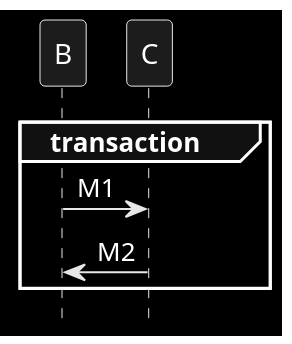
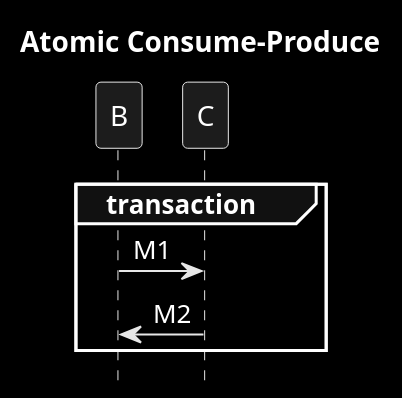
The diagram in patterns/5_dual_m_m.puml (victorrentea/kafka), drawn with PlantUML before and after one commit. The commit also changed other lines of this file and 15 other files, not shown here.

```diff
--- a/patterns/5_dual_m_m.puml
+++ b/patterns/5_dual_m_m.puml
@@ -1,11 +1,12 @@
-@startuml
+    @startuml
+title Atomic Consume-Produce
 hide footbox
 skinparam monochrome reverse
 participant B
 participant C
 
 group transaction
     B->C: M1
     C->B: M2
 end
 @enduml
```
